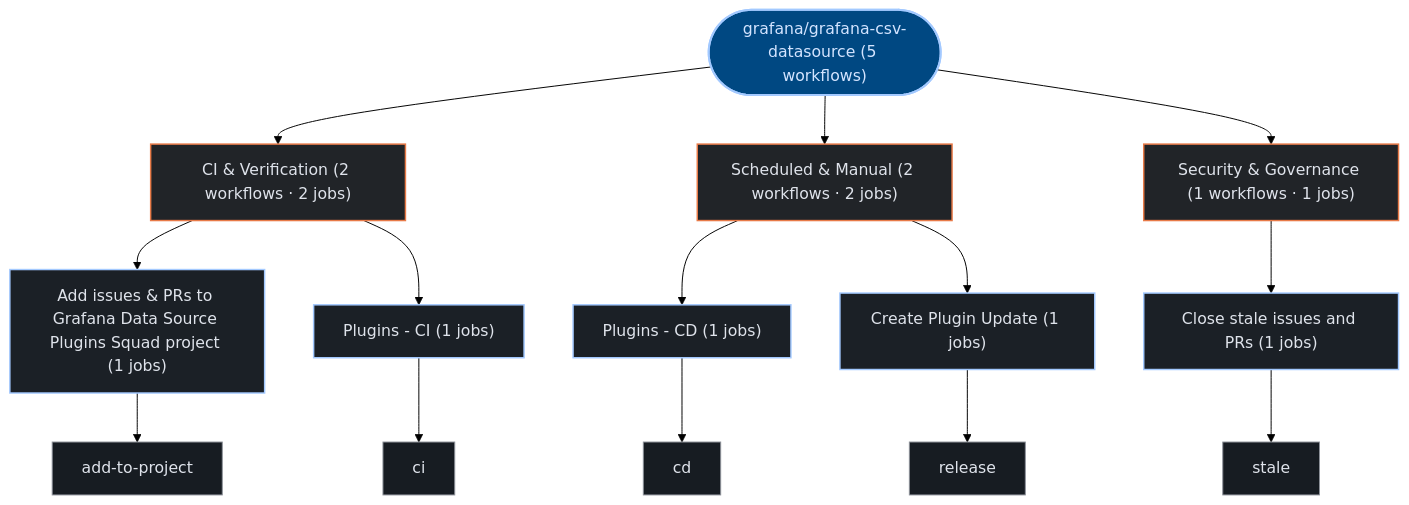
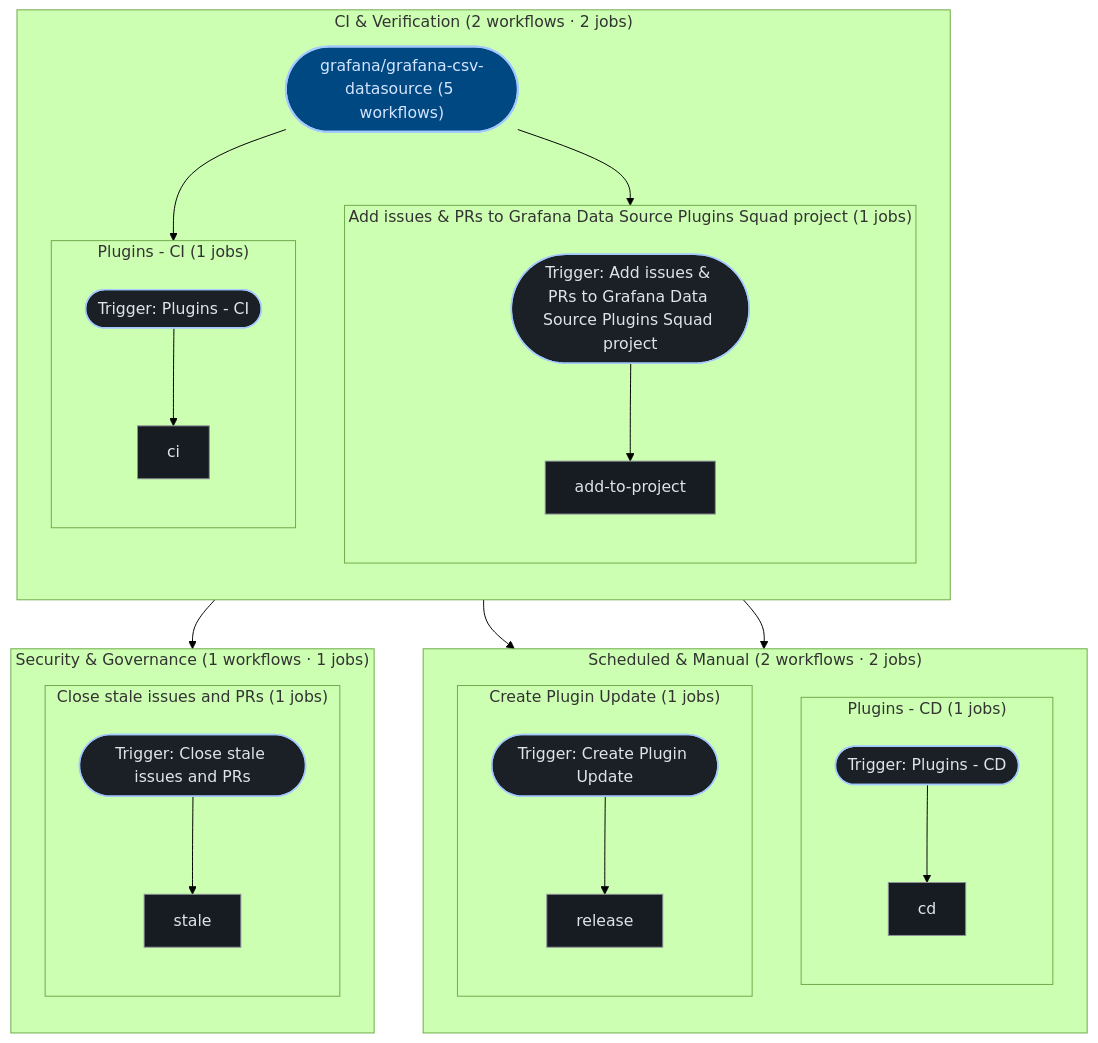
One commit to kumarshaz/atruss-code-atlas changed the third of 3 diagrams in exports/latest/reports/grafana-grafana-csv-datasource-report.md. Above: the diagram before and after it, drawn with Mermaid (forest theme). The commit also changed 181 other files, not shown here.

````diff
--- a/exports/latest/reports/grafana-grafana-csv-datasource-report.md
+++ b/exports/latest/reports/grafana-grafana-csv-datasource-report.md
@@ -172,37 +172,55 @@
 ```mermaid
 graph TD;
   classDef atlasRoot fill:#004882,stroke:#a3c9ff,stroke-width:2px,color:#d3e4ff
   classDef atlasCategory fill:#212428,stroke:#E87A48,stroke-width:1.5px,color:#dfe3eb
   classDef atlasWorkflow fill:#1b2026,stroke:#a3c9ff,stroke-width:1.5px,color:#dfe3eb
   classDef atlasJob fill:#171c22,stroke:#8d9199,stroke-width:1px,color:#dfe3eb
   classDef atlasTarget fill:#005227,stroke:#8bd99b,stroke-width:1.5px,color:#a7f6b6
   classDef atlasAlert fill:#93000a,stroke:#ffb4ab,stroke-width:1.5px,color:#ffdad6
   classDef atlasMore fill:#252a31,stroke:#8d9199,stroke-dasharray:4 4,color:#c3c6cf
   pipeline_root(["grafana/grafana-csv-datasource (5 workflows)"]):::atlasRoot
-  grp_0_CI___Verification["CI & Verification (2 workflows · 2 jobs)"]:::atlasCategory
-  pipeline_root --> grp_0_CI___Verification
-  wf_0_Add_issues___PRs_to_Grafana_Data_Source_Plugins_Squad_project["Add issues & PRs to Grafana Data Source Plugins Squad project (1 jobs)"]:::atlasWorkflow
-  grp_0_CI___Verification --> wf_0_Add_issues___PRs_to_Grafana_Data_Source_Plugins_Squad_project
-  job_0_add_to_project["add-to-project"]:::atlasJob
-  wf_0_Add_issues___PRs_to_Grafana_Data_Source_Plugins_Squad_project --> job_0_add_to_project
-  wf_2_Plugins___CI["Plugins - CI (1 jobs)"]:::atlasWorkflow
-  grp_0_CI___Verification --> wf_2_Plugins___CI
-  job_2_ci["ci"]:::atlasJob
-  wf_2_Plugins___CI --> job_2_ci
-  grp_1_Scheduled___Manual["Scheduled & Manual (2 workflows · 2 jobs)"]:::atlasCategory
-  pipeline_root --> grp_1_Scheduled___Manual
-  wf_1_Plugins___CD["Plugins - CD (1 jobs)"]:::atlasWorkflow
-  grp_1_Scheduled___Manual --> wf_1_Plugins___CD
-  job_1_cd["cd"]:::atlasJob
-  wf_1_Plugins___CD --> job_1_cd
-  wf_4_Create_Plugin_Update["Create Plugin Update (1 jobs)"]:::atlasWorkflow
-  grp_1_Scheduled___Manual --> wf_4_Create_Plugin_Update
-  job_4_release["release"]:::atlasJob
-  wf_4_Create_Plugin_Update --> job_4_release
-  grp_2_Security___Governance["Security & Governance (1 workflows · 1 jobs)"]:::atlasCategory
-  pipeline_root --> grp_2_Security___Governance
-  wf_3_Close_stale_issues_and_PRs["Close stale issues and PRs (1 jobs)"]:::atlasWorkflow
-  grp_2_Security___Governance --> wf_3_Close_stale_issues_and_PRs
-  job_3_stale["stale"]:::atlasJob
-  wf_3_Close_stale_issues_and_PRs --> job_3_stale
+  subgraph sg_grp_0_CI___Verification["CI & Verification (2 workflows · 2 jobs)"]
+    direction TB
+    subgraph sg_wf_0_Add_issues___PRs_to_Grafana_Data_Source_Plugins_Squad_project["Add issues & PRs to Grafana Data Source Plugins Squad project (1 jobs)"]
+      direction TB
+      wf_0_Add_issues___PRs_to_Grafana_Data_Source_Plugins_Squad_project(["Trigger: Add issues & PRs to Grafana Data Source Plugins Squad project"]):::atlasWorkflow
+      job_0_add_to_project["add-to-project"]:::atlasJob
+      wf_0_Add_issues___PRs_to_Grafana_Data_Source_Plugins_Squad_project --> job_0_add_to_project
+    end
+    pipeline_root --> wf_0_Add_issues___PRs_to_Grafana_Data_Source_Plugins_Squad_project
+    subgraph sg_wf_2_Plugins___CI["Plugins - CI (1 jobs)"]
+      direction TB
+      wf_2_Plugins___CI(["Trigger: Plugins - CI"]):::atlasWorkflow
+      job_2_ci["ci"]:::atlasJob
+      wf_2_Plugins___CI --> job_2_ci
+    end
+    pipeline_root --> wf_2_Plugins___CI
+  end
+  subgraph sg_grp_1_Scheduled___Manual["Scheduled & Manual (2 workflows · 2 jobs)"]
+    direction TB
+    subgraph sg_wf_1_Plugins___CD["Plugins - CD (1 jobs)"]
+      direction TB
+      wf_1_Plugins___CD(["Trigger: Plugins - CD"]):::atlasWorkflow
+      job_1_cd["cd"]:::atlasJob
+      wf_1_Plugins___CD --> job_1_cd
+    end
+    pipeline_root --> wf_1_Plugins___CD
+    subgraph sg_wf_4_Create_Plugin_Update["Create Plugin Update (1 jobs)"]
+      direction TB
+      wf_4_Create_Plugin_Update(["Trigger: Create Plugin Update"]):::atlasWorkflow
+      job_4_release["release"]:::atlasJob
+      wf_4_Create_Plugin_Update --> job_4_release
+    end
+    pipeline_root --> wf_4_Create_Plugin_Update
+  end
+  subgraph sg_grp_2_Security___Governance["Security & Governance (1 workflows · 1 jobs)"]
+    direction TB
+    subgraph sg_wf_3_Close_stale_issues_and_PRs["Close stale issues and PRs (1 jobs)"]
+      direction TB
+      wf_3_Close_stale_issues_and_PRs(["Trigger: Close stale issues and PRs"]):::atlasWorkflow
+      job_3_stale["stale"]:::atlasJob
+      wf_3_Close_stale_issues_and_PRs --> job_3_stale
+    end
+    pipeline_root --> wf_3_Close_stale_issues_and_PRs
+  end
 ```
````
